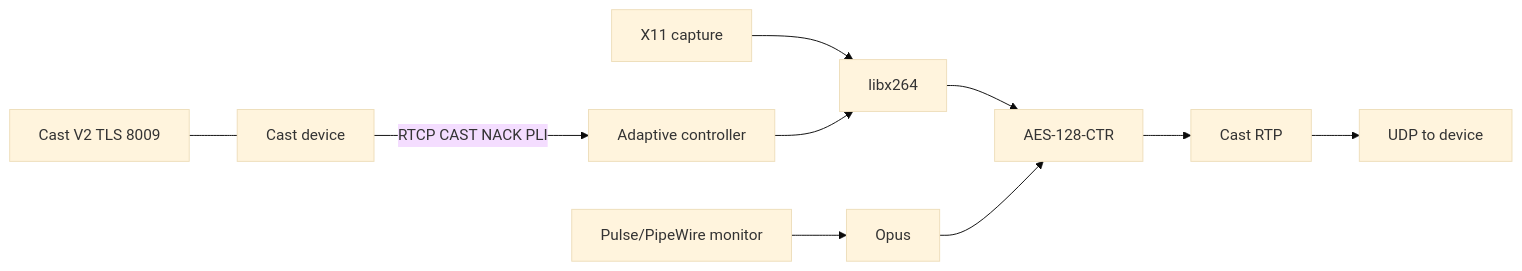
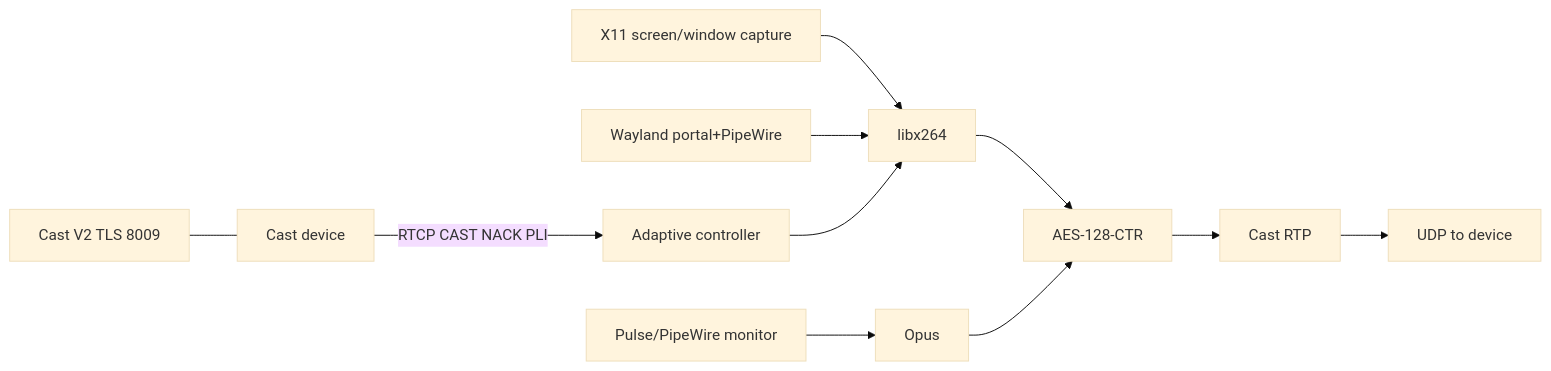
One commit to vindeckyy/CastMirror changed the diagram in README.md. Above: the diagram before and after it, drawn with Mermaid (base theme). The commit also changed other lines of this file and 63 other files, not shown here.

````diff
--- a/README.md
+++ b/README.md
@@ -88,12 +98,13 @@
 ```mermaid
 flowchart LR
-  X11[X11 capture] --> x264[libx264]
+  X11[X11 screen/window capture] --> x264[libx264]
+  Portal[Wayland portal+PipeWire] --> x264
   Pulse[Pulse/PipeWire monitor] --> Opus[Opus]
   x264 --> AES[AES-128-CTR]
   Opus --> AES
   AES --> RTP[Cast RTP]
   RTP --> UDP[UDP to device]
   Device[Cast device] -->|RTCP CAST NACK PLI| Adapt[Adaptive controller]
   Adapt --> x264
   TLS[Cast V2 TLS 8009] --- Device
 ```
````
